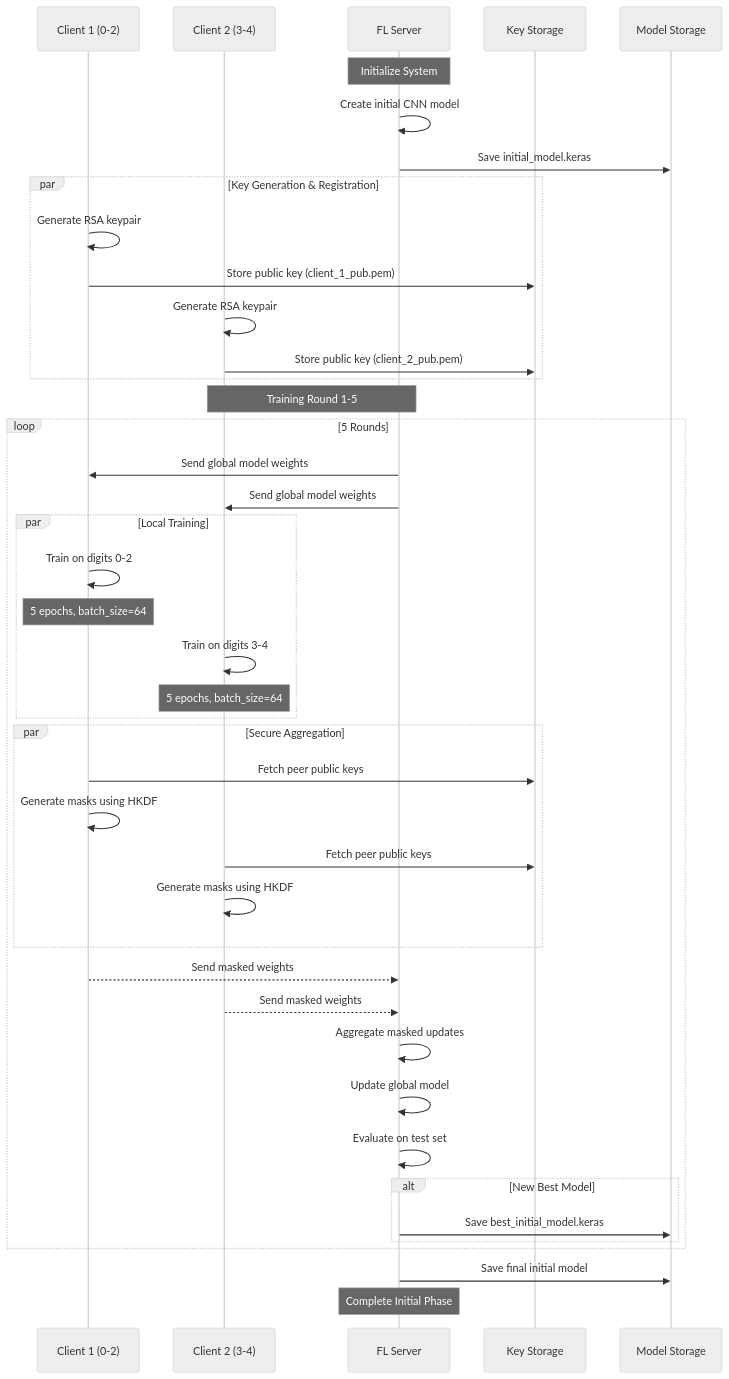
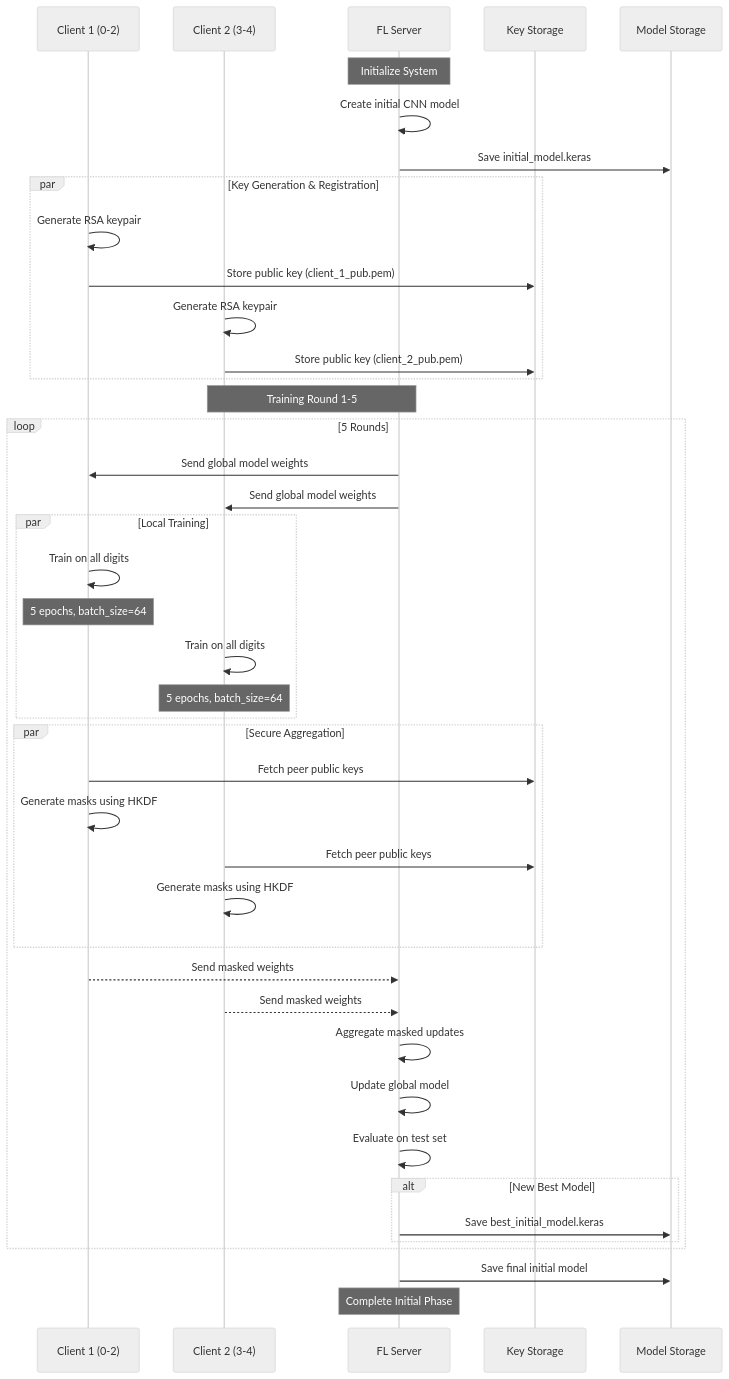
One commit to tranlybuu/Federated-Learning changed the diagram in INITIAL_PHASE.md. Above: the diagram before and after it, drawn with Mermaid (neutral theme).

````diff
--- a/INITIAL_PHASE.md
+++ b/INITIAL_PHASE.md
@@ -1,52 +1,52 @@
 ```mermaid
 sequenceDiagram
     participant C1 as Client 1 (0-2)
     participant C2 as Client 2 (3-4)
     participant S as FL Server
     participant KS as Key Storage
     participant MS as Model Storage
 
     Note over S: Initialize System
     S->>S: Create initial CNN model
     S->>MS: Save initial_model.keras
     
     par Key Generation & Registration
         C1->>C1: Generate RSA keypair
         C1->>KS: Store public key (client_1_pub.pem)
         C2->>C2: Generate RSA keypair
         C2->>KS: Store public key (client_2_pub.pem)
     end
 
     Note over S,C2: Training Round 1-5
     loop 5 Rounds
         S->>C1: Send global model weights
         S->>C2: Send global model weights
         
         par Local Training
-            C1->>C1: Train on digits 0-2
+            C1->>C1: Train on all digits
             Note over C1: 5 epochs, batch_size=64
-            C2->>C2: Train on digits 3-4 
+            C2->>C2: Train on all digits 
             Note over C2: 5 epochs, batch_size=64
         end
 
         par Secure Aggregation
             C1->>KS: Fetch peer public keys
             C1->>C1: Generate masks using HKDF
             C2->>KS: Fetch peer public keys
             C2->>C2: Generate masks using HKDF
         end
 
         C1-->>S: Send masked weights
         C2-->>S: Send masked weights
 
         S->>S: Aggregate masked updates
         S->>S: Update global model
         S->>S: Evaluate on test set
         alt New Best Model
             S->>MS: Save best_initial_model.keras
         end
     end
 
     S->>MS: Save final initial model
     Note over S: Complete Initial Phase
 ```
````
